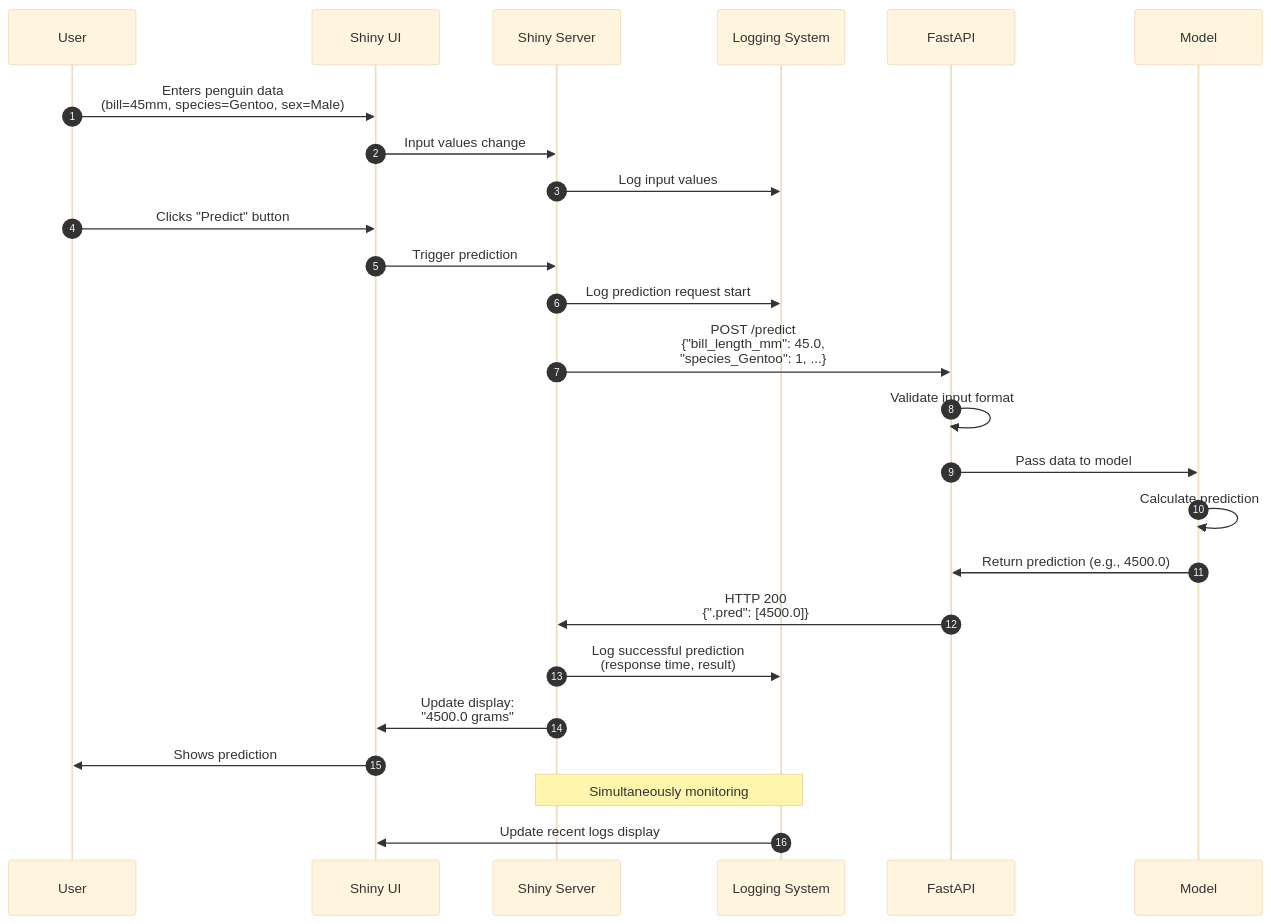
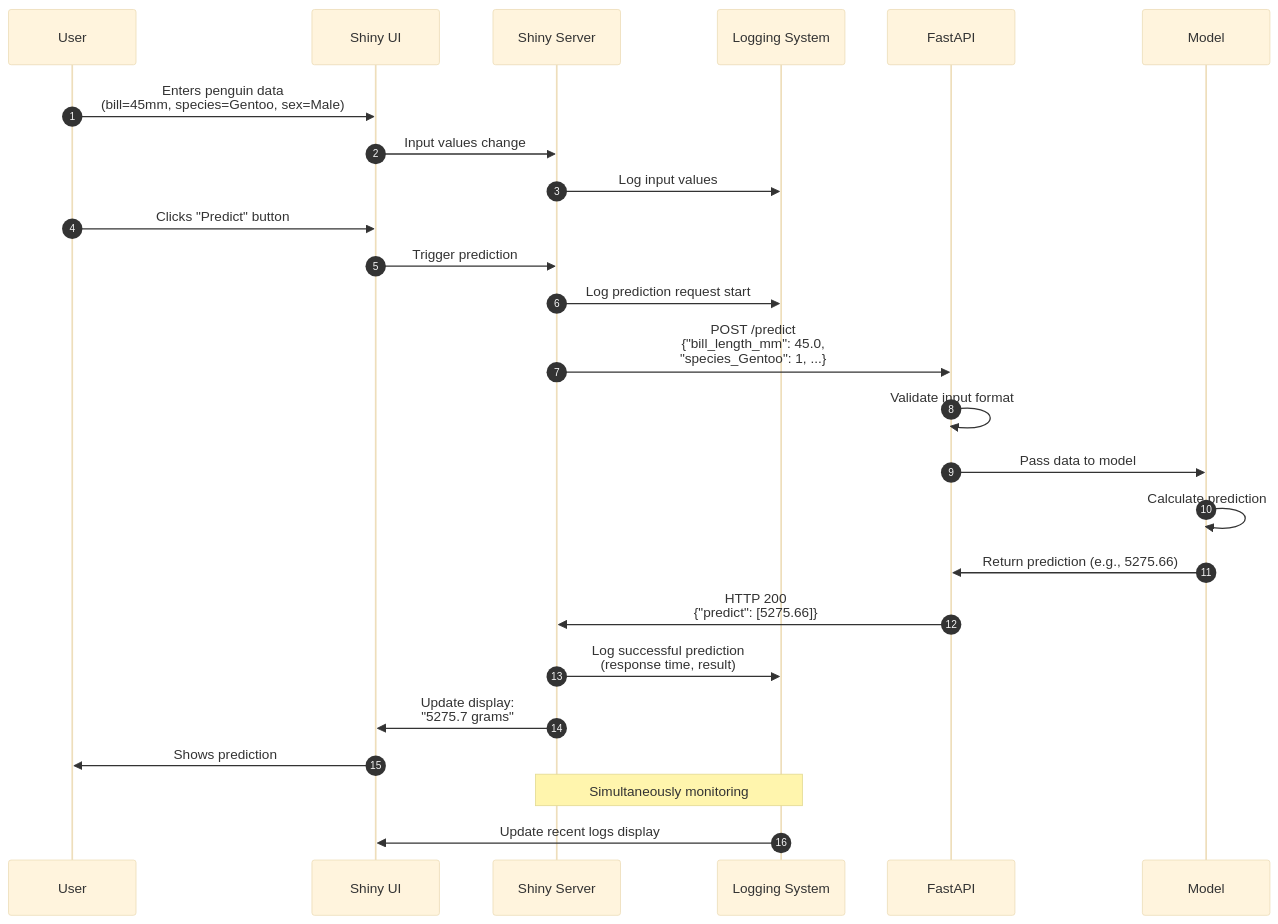
Before and after one commit to mjfrigaard/do4ds-labs: diagram 15 of 15 in app-log-py.qmd, drawn with Mermaid. The commit also changed other lines of this file and 6 other files, not shown here.

Commit message:
Review lab04, app-log-py, app-log-r: fact fixes, real log output, diagram text, README API path

````diff
--- a/app-log-py.qmd
+++ b/app-log-py.qmd
@@ -1728,38 +1757,38 @@
 ```{mermaid}
 %%| fig-cap: 'App log file monitoring'
 %%| fig-width: 7.0
 %%| fig-align: 'center'
 %%{init: {'theme': 'base', 'look': 'classic', 'themeVariables': {'fontFamily': 'monospace'}}}%%
 
 sequenceDiagram
     autonumber
     participant User
     participant ShinyUI as Shiny UI
     participant ShinyServer as Shiny Server
     participant Logger as Logging System
     participant API as FastAPI
     participant Model as Model
     
     User->>ShinyUI: Enters penguin data<br>(bill=45mm, species=Gentoo, sex=Male)
     ShinyUI->>ShinyServer: Input values change
     ShinyServer->>Logger: Log input values
     
     User->>ShinyUI: Clicks "Predict" button
     ShinyUI->>ShinyServer: Trigger prediction
     ShinyServer->>Logger: Log prediction request start
     
     ShinyServer->>API: POST /predict<br>{"bill_length_mm": 45.0,<br>"species_Gentoo": 1, ...}
     API->>API: Validate input format
     API->>Model: Pass data to model
     Model->>Model: Calculate prediction
-    Model->>API: Return prediction (e.g., 4500.0)
-    API->>ShinyServer: HTTP 200<br>{".pred": [4500.0]}
+    Model->>API: Return prediction (e.g., 5275.66)
+    API->>ShinyServer: HTTP 200<br>{"predict": [5275.66]}
     
     ShinyServer->>Logger: Log successful prediction<br>(response time, result)
-    ShinyServer->>ShinyUI: Update display:<br>"4500.0 grams"
+    ShinyServer->>ShinyUI: Update display:<br>"5275.7 grams"
     ShinyUI->>User: Shows prediction
     
     Note over ShinyServer,Logger: Simultaneously monitoring
     Logger->>ShinyUI: Update recent logs display
 
 ```
````
